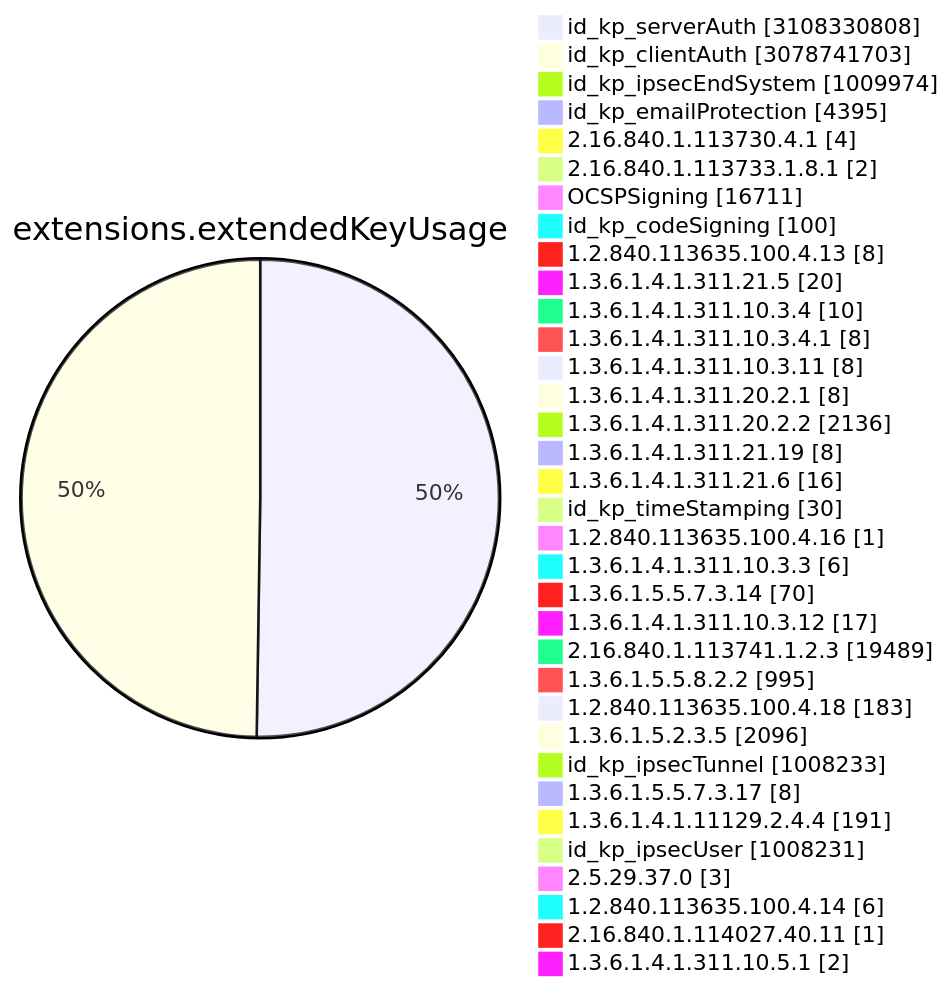
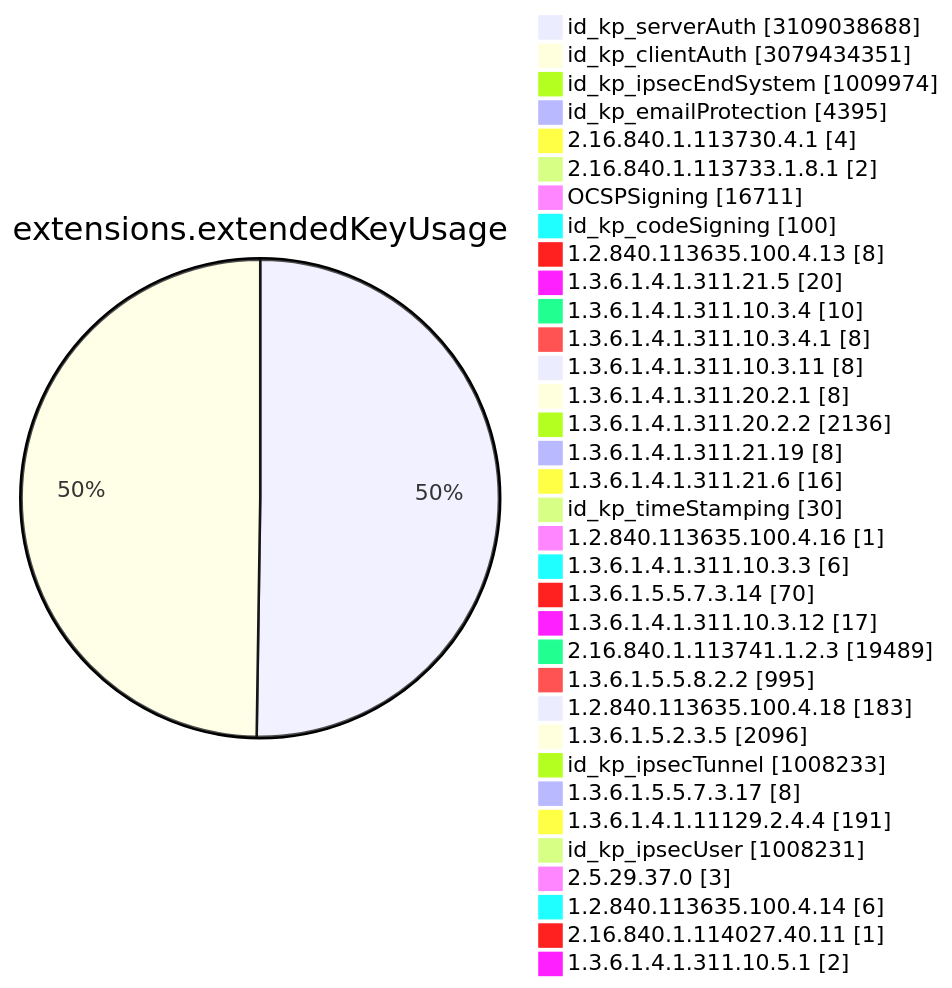
Before and after one commit to christiankrug/ctmonitor_visualization: diagram 11 of 15 in TOTAL/README.md, drawn with Mermaid. The commit also changed other lines of this file, not shown here.

````diff
--- a/TOTAL/README.md
+++ b/TOTAL/README.md
@@ -4119,38 +4119,38 @@
 ```mermaid
 pie showData
 title extensions.extendedKeyUsage
-"id_kp_serverAuth" :3108330808
-"id_kp_clientAuth" :3078741703
+"id_kp_serverAuth" :3109038688
+"id_kp_clientAuth" :3079434351
 "id_kp_ipsecEndSystem" :1009974
 "id_kp_emailProtection" :4395
 "2.16.840.1.113730.4.1" :4
 "2.16.840.1.113733.1.8.1" :2
 "OCSPSigning" :16711
 "id_kp_codeSigning" :100
 "1.2.840.113635.100.4.13" :8
 "1.3.6.1.4.1.311.21.5" :20
 "1.3.6.1.4.1.311.10.3.4" :10
 "1.3.6.1.4.1.311.10.3.4.1" :8
 "1.3.6.1.4.1.311.10.3.11" :8
 "1.3.6.1.4.1.311.20.2.1" :8
 "1.3.6.1.4.1.311.20.2.2" :2136
 "1.3.6.1.4.1.311.21.19" :8
 "1.3.6.1.4.1.311.21.6" :16
 "id_kp_timeStamping" :30
 "1.2.840.113635.100.4.16" :1
 "1.3.6.1.4.1.311.10.3.3" :6
 "1.3.6.1.5.5.7.3.14" :70
 "1.3.6.1.4.1.311.10.3.12" :17
 "2.16.840.1.113741.1.2.3" :19489
 "1.3.6.1.5.5.8.2.2" :995
 "1.2.840.113635.100.4.18" :183
 "1.3.6.1.5.2.3.5" :2096
 "id_kp_ipsecTunnel" :1008233
 "1.3.6.1.5.5.7.3.17" :8
 "1.3.6.1.4.1.11129.2.4.4" :191
 "id_kp_ipsecUser" :1008231
 "2.5.29.37.0" :3
 "1.2.840.113635.100.4.14" :6
 "2.16.840.1.114027.40.11" :1
 "1.3.6.1.4.1.311.10.5.1" :2
 ```
````
